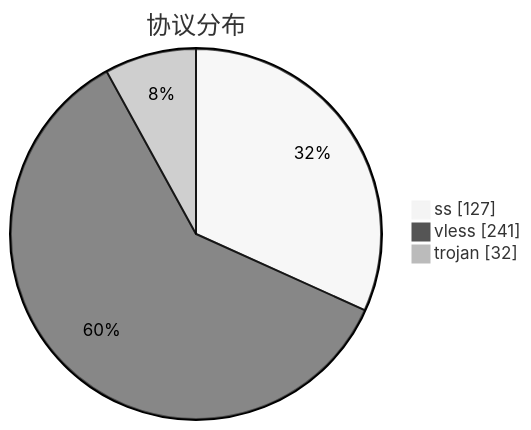
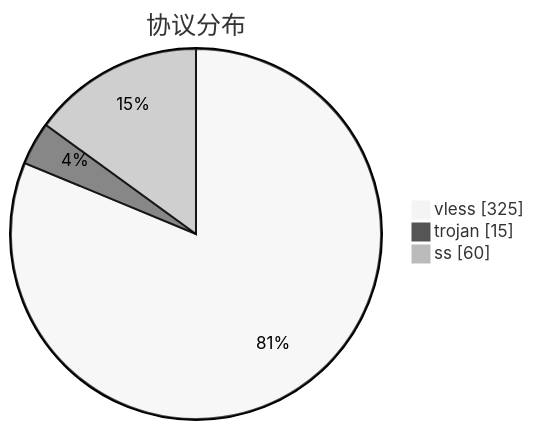
The third of 3 diagrams in subs/statistics/tested_within.md (qjlxg/airport), drawn with Mermaid (neutral theme) before and after one commit. The commit also changed other lines of this file and 2 other files, not shown here.

````diff
--- a/subs/statistics/tested_within.md
+++ b/subs/statistics/tested_within.md
@@ -18,7 +20,7 @@
 ```mermaid
 pie showData
 title 协议分布
-"ss" : 127
-"vless" : 241
-"trojan" : 32
+"vless" : 325
+"trojan" : 15
+"ss" : 60
 ```
````
